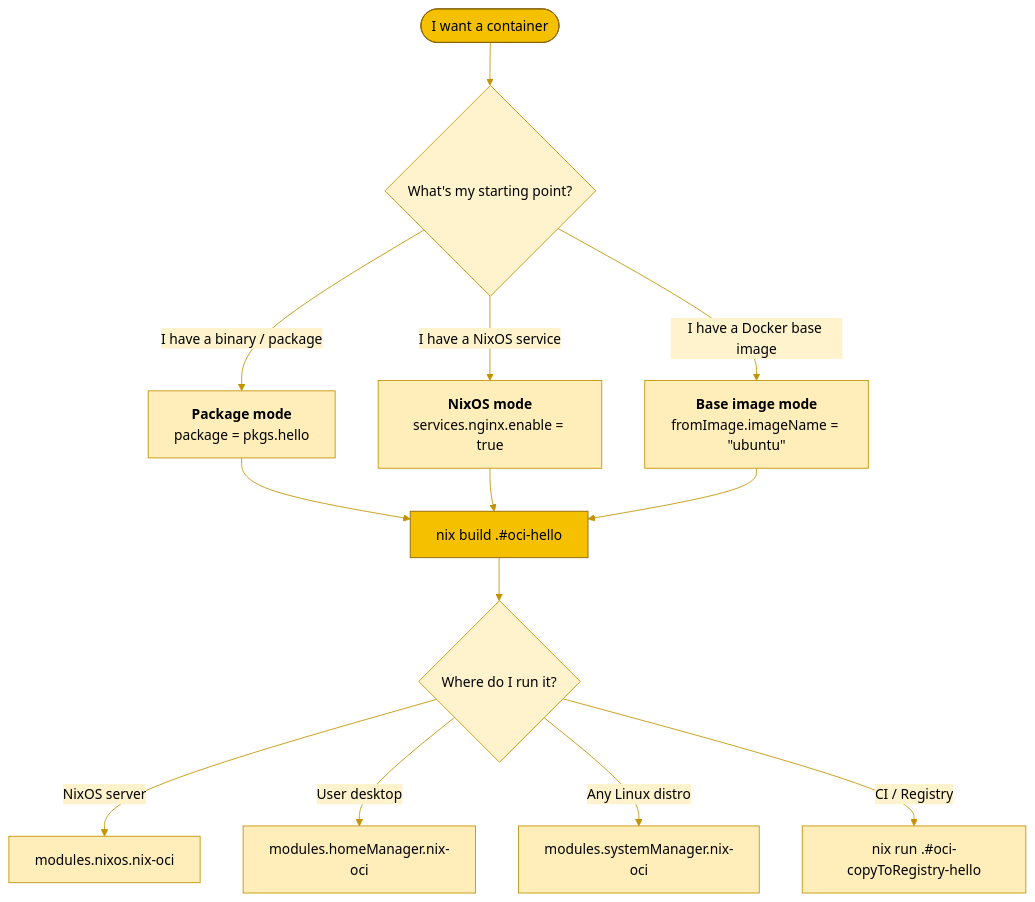
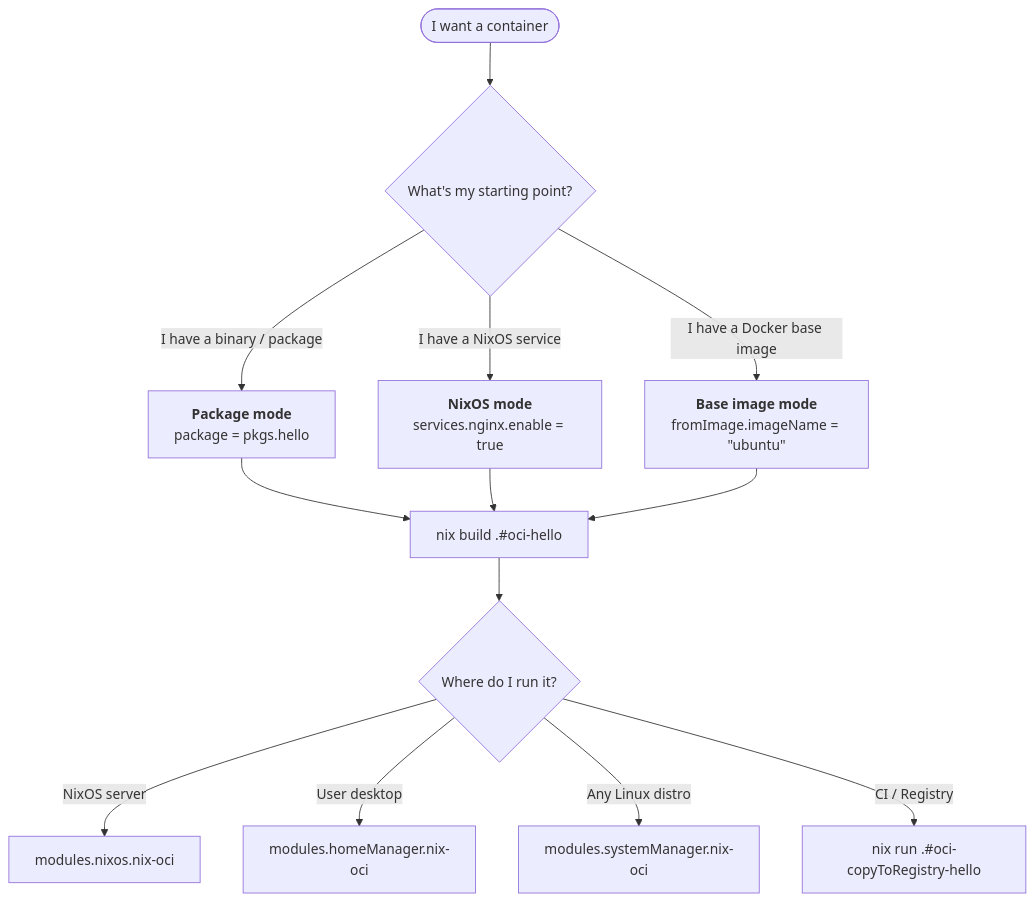
The second of 3 diagrams in README.md (Dauliac/nix-oci), drawn with Mermaid before and after one commit. The commit also changed other lines of this file and 65 other files, not shown here.

````diff
--- a/README.md
+++ b/README.md
@@ -38,31 +20,18 @@
 ```mermaid
-%%{init: {'theme': 'base', 'themeVariables': { 'primaryColor': '#f5c000', 'primaryTextColor': '#000', 'primaryBorderColor': '#c29200', 'secondaryColor': '#fff3cd', 'secondaryTextColor': '#000', 'secondaryBorderColor': '#c29200', 'tertiaryColor': '#ffeeba', 'tertiaryTextColor': '#000', 'tertiaryBorderColor': '#c29200', 'lineColor': '#c29200', 'textColor': '#000', 'fontFamily': 'system-ui, sans-serif' }}}%%
 flowchart TD
     START(["I want a container"]) --> Q1{"What's my starting point?"}
 
     Q1 -->|"I have a binary / package"| PATH1["<b>Package mode</b><br/>package = pkgs.hello"]
     Q1 -->|"I have a NixOS service"| PATH2["<b>NixOS mode</b><br/>services.nginx.enable = true"]
     Q1 -->|"I have a Docker base image"| PATH3["<b>Base image mode</b><br/>fromImage.imageName = &quot;ubuntu&quot;"]
 
     PATH1 --> BUILD["nix build .#oci-hello"]
     PATH2 --> BUILD
     PATH3 --> BUILD
 
     BUILD --> DEPLOY{"Where do I run it?"}
     DEPLOY -->|"NixOS server"| D1["modules.nixos.nix-oci"]
     DEPLOY -->|"User desktop"| D2["modules.homeManager.nix-oci"]
     DEPLOY -->|"Any Linux distro"| D3["modules.systemManager.nix-oci"]
     DEPLOY -->|"CI / Registry"| D4["nix run .#oci-copyToRegistry-hello"]
-
-    style START fill:#f5c000,stroke:#856404,color:#000
-    style Q1 fill:#fff3cd,stroke:#c29200,color:#000
-    style PATH1 fill:#ffeeba,stroke:#c29200,color:#000
-    style PATH2 fill:#ffeeba,stroke:#c29200,color:#000
-    style PATH3 fill:#ffeeba,stroke:#c29200,color:#000
-    style BUILD fill:#f5c000,stroke:#856404,color:#000
-    style DEPLOY fill:#fff3cd,stroke:#c29200,color:#000
-    style D1 fill:#ffeeba,stroke:#c29200,color:#000
-    style D2 fill:#ffeeba,stroke:#c29200,color:#000
-    style D3 fill:#ffeeba,stroke:#c29200,color:#000
-    style D4 fill:#ffeeba,stroke:#c29200,color:#000
 ```
````
